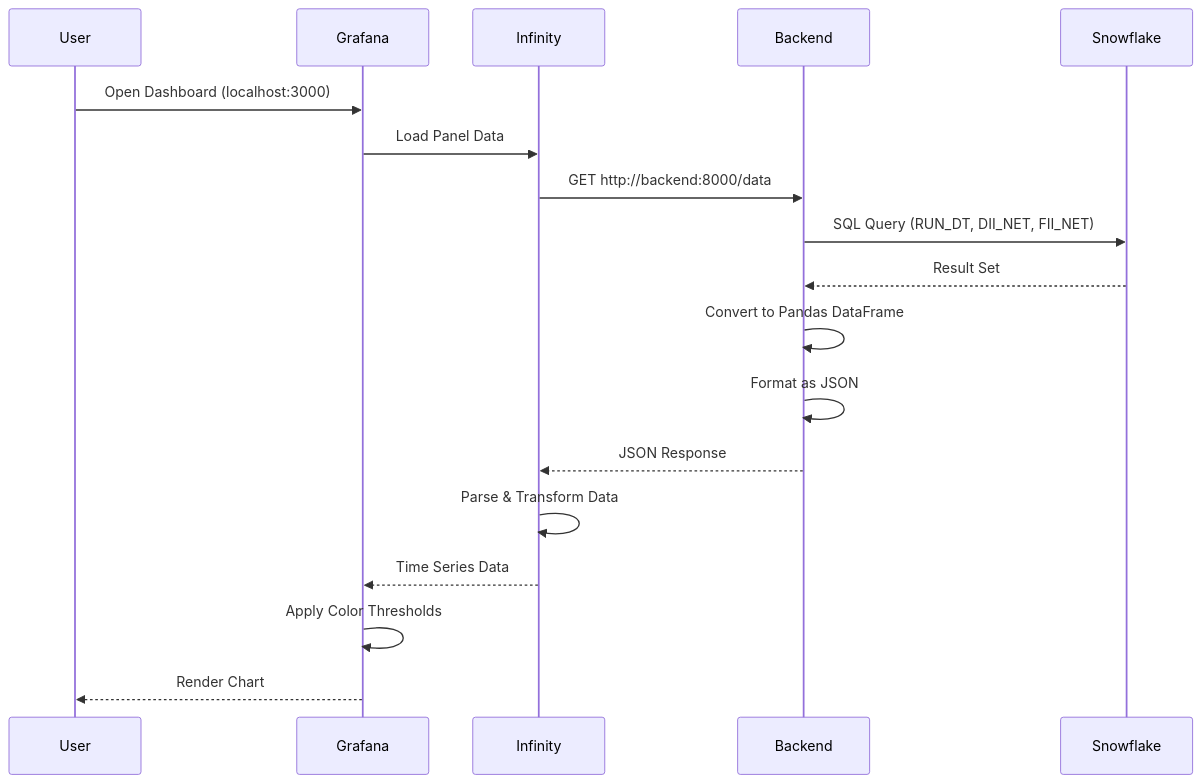
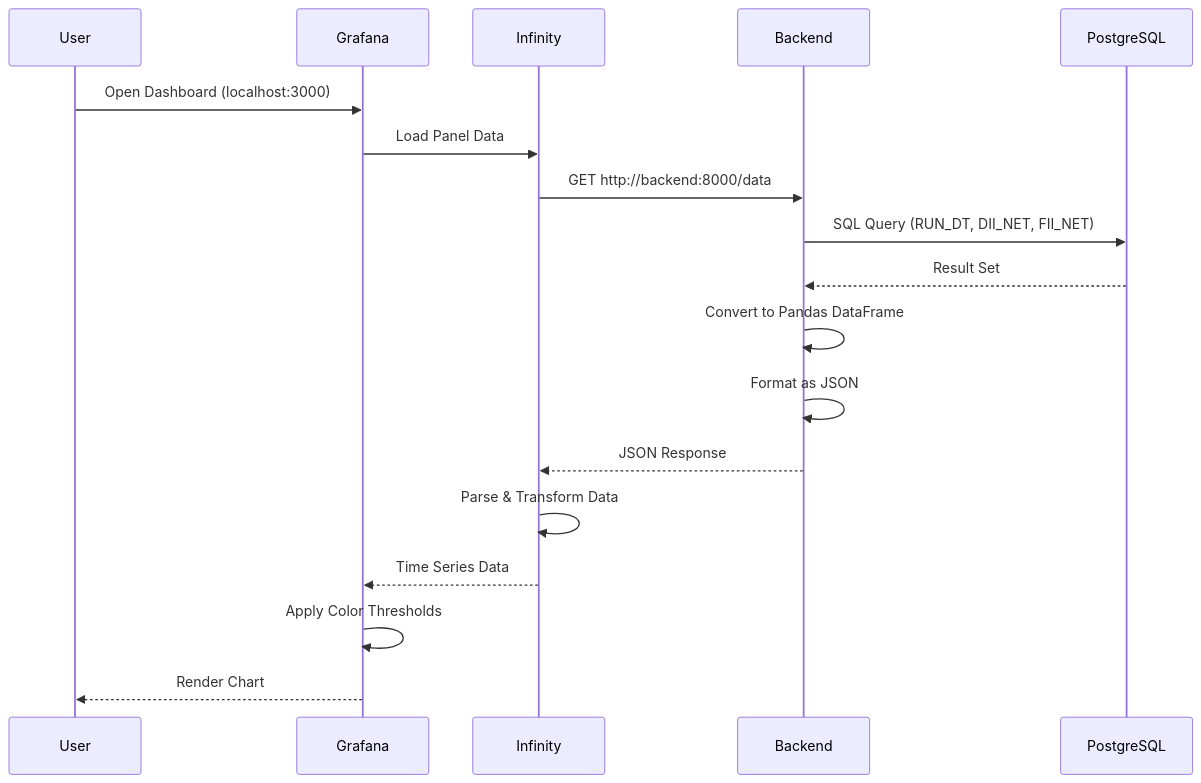
The second of 2 diagrams in docs/architecture.md (stirandas/nfd_visualizations), drawn with Mermaid before and after one commit. The commit also changed other lines of this file and 7 other files, not shown here.

First line of the commit message:
Migrate from Snowflake to PostgreSQL

````diff
--- a/docs/architecture.md
+++ b/docs/architecture.md
@@ -168,21 +175,21 @@
 ```mermaid
 sequenceDiagram
     participant User
     participant Grafana
     participant Infinity
     participant Backend
-    participant Snowflake
+    participant PostgreSQL
     
     User->>Grafana: Open Dashboard (localhost:3000)
     Grafana->>Infinity: Load Panel Data
     Infinity->>Backend: GET http://backend:8000/data
-    Backend->>Snowflake: SQL Query (RUN_DT, DII_NET, FII_NET)
-    Snowflake-->>Backend: Result Set
+    Backend->>PostgreSQL: SQL Query (RUN_DT, DII_NET, FII_NET)
+    PostgreSQL-->>Backend: Result Set
     Backend->>Backend: Convert to Pandas DataFrame
     Backend->>Backend: Format as JSON
     Backend-->>Infinity: JSON Response
     Infinity->>Infinity: Parse & Transform Data
     Infinity-->>Grafana: Time Series Data
     Grafana->>Grafana: Apply Color Thresholds
     Grafana-->>User: Render Chart
 ```
````
